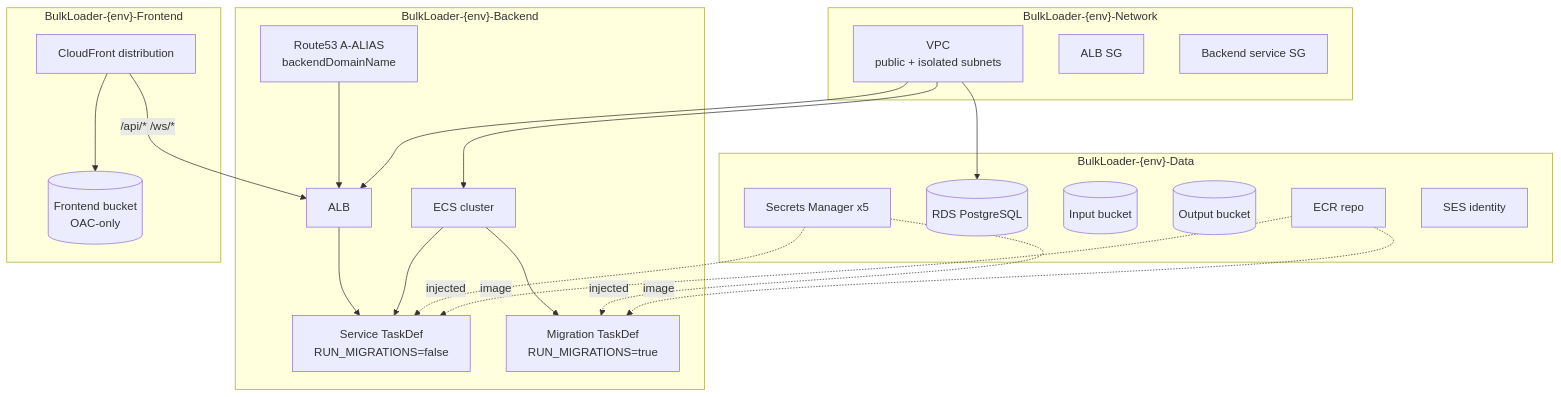
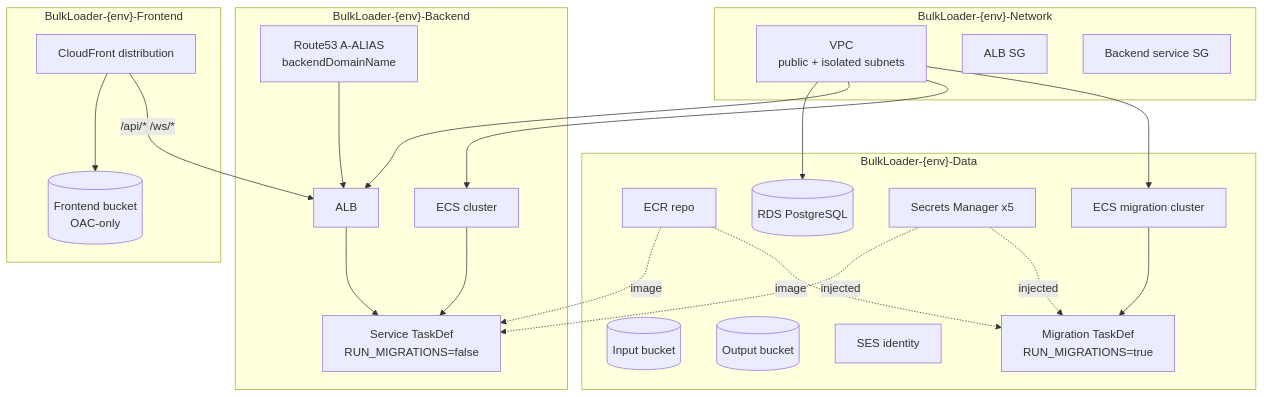
The second of 4 diagrams in docs/architecture/aws-topology.md (eelywasa/sf-bulk-loader), drawn with Mermaid before and after one commit. The commit also changed 7 other files, not shown here.

First line of the commit message:
SFBL-298: relocate MigrationTaskDef from BackendStack to DataStack

````diff
--- a/docs/architecture/aws-topology.md
+++ b/docs/architecture/aws-topology.md
@@ -38,44 +38,46 @@
 ```mermaid
 flowchart TB
   subgraph network["BulkLoader-#123;env#125;-Network"]
     vpc[VPC<br/>public + isolated subnets]
     sgalb[ALB SG]
     sgsvc[Backend service SG]
   end
 
   subgraph data["BulkLoader-#123;env#125;-Data"]
     ecr[ECR repo]
     rds[(RDS PostgreSQL)]
     s3in[(Input bucket)]
     s3out[(Output bucket)]
     secrets[Secrets Manager x5]
     sesId[SES identity]
+    migcluster[ECS migration cluster]
+    migtd[Migration TaskDef<br/>RUN_MIGRATIONS=true]
   end
 
   subgraph backend["BulkLoader-#123;env#125;-Backend"]
     cluster[ECS cluster]
     svctd[Service TaskDef<br/>RUN_MIGRATIONS=false]
-    migtd[Migration TaskDef<br/>RUN_MIGRATIONS=true]
     alb[ALB]
     routeApi[Route53 A-ALIAS<br/>backendDomainName]
   end
 
   subgraph frontend["BulkLoader-#123;env#125;-Frontend"]
     s3fe[(Frontend bucket<br/>OAC-only)]
     cfDist[CloudFront distribution]
   end
 
   vpc --> rds
   vpc --> alb
   vpc --> cluster
+  vpc --> migcluster
   ecr -.image.-> svctd
   ecr -.image.-> migtd
   secrets -.injected.-> svctd
   secrets -.injected.-> migtd
   cluster --> svctd
-  cluster --> migtd
+  migcluster --> migtd
   alb --> svctd
   cfDist --> s3fe
   cfDist -->|"/api/* /ws/*"| alb
   routeApi --> alb
 ```
````
